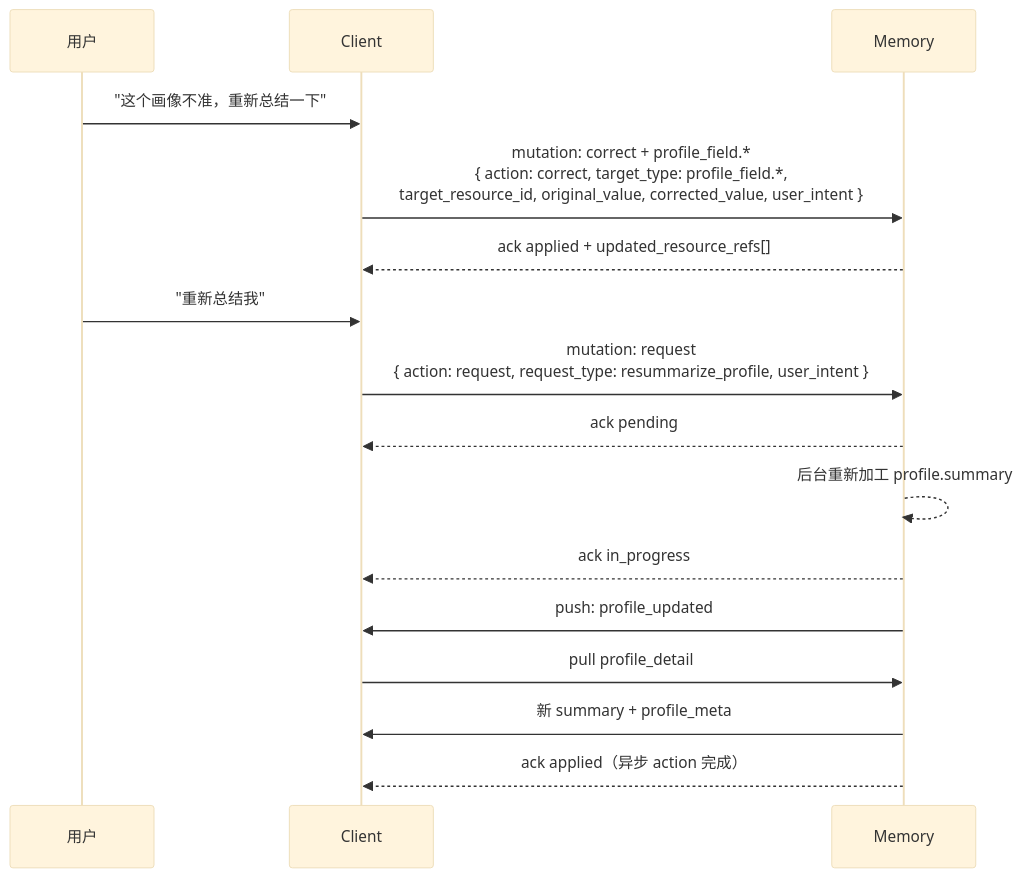
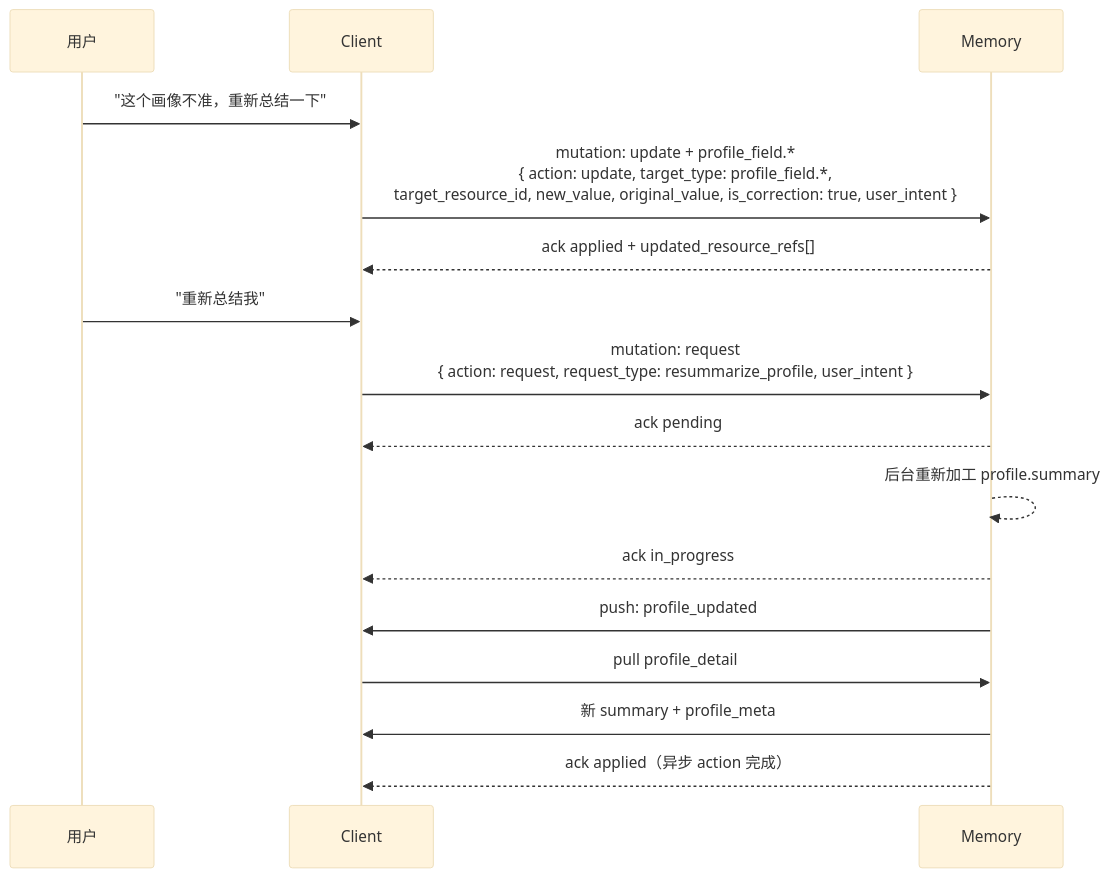
One commit to uu-yaya/ai-product-builder changed diagram 14 of 17 in projects/desktop-pet/01-pm/branches/memory-dataset/DATA_FLOW_REQUIREMENT_SPECIFICATION.md. Above: the diagram before and after it, drawn with Mermaid (base theme). The commit also changed other lines of this file and 1 other file, not shown here.

````diff
--- a/projects/desktop-pet/01-pm/branches/memory-dataset/DATA_FLOW_REQUIREMENT_SPECIFICATION.md
+++ b/projects/desktop-pet/01-pm/branches/memory-dataset/DATA_FLOW_REQUIREMENT_SPECIFICATION.md
@@ -1514,18 +1541,18 @@
 ```mermaid
 sequenceDiagram
     participant U as 用户
     participant C as Client
     participant M as Memory
     U->>C: "这个画像不准，重新总结一下"
-    C->>M: mutation: correct + profile_field.*<br/>{ action: correct, target_type: profile_field.*,<br/>  target_resource_id, original_value, corrected_value, user_intent }
+    C->>M: mutation: update + profile_field.*<br/>{ action: update, target_type: profile_field.*,<br/>  target_resource_id, new_value, original_value, is_correction: true, user_intent }
     M-->>C: ack applied + updated_resource_refs[]
     U->>C: "重新总结我"
     C->>M: mutation: request<br/>{ action: request, request_type: resummarize_profile, user_intent }
     M-->>C: ack pending
     M-->>M: 后台重新加工 profile.summary
     M-->>C: ack in_progress
     M->>C: push: profile_updated
     C->>M: pull profile_detail
     M->>C: 新 summary + profile_meta
     M-->>C: ack applied（异步 action 完成）
 ```
````
